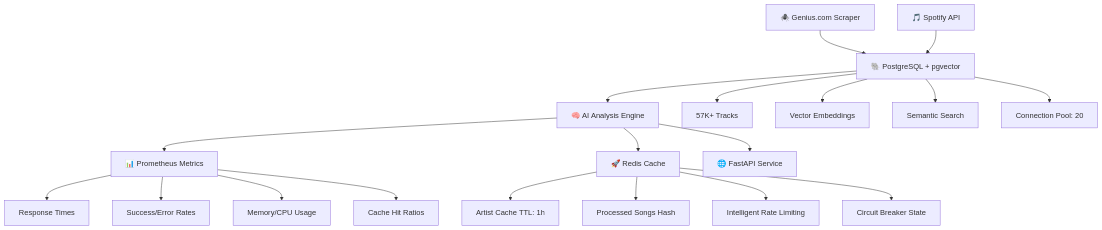
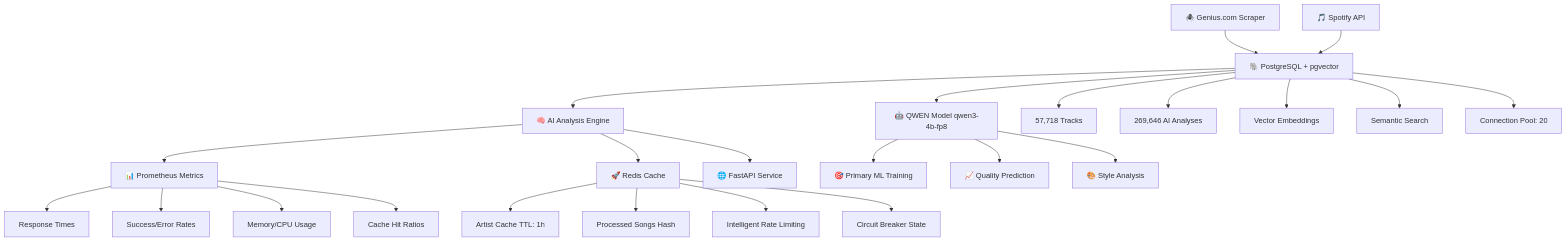
Before and after one commit to Vastargazing/rap-scraper-project: the diagram in README.md, drawn with Mermaid. The commit also changed other lines of this file and 29 other files, not shown here.

````diff
--- a/README.md
+++ b/README.md
@@ -7,24 +50,29 @@
 ```mermaid
 graph TB
     A[🕷️ Genius.com Scraper] --> B[🐘 PostgreSQL + pgvector]
     C[🎵 Spotify API] --> B
     B --> D[🧠 AI Analysis Engine]
+    B --> QWEN[🤖 QWEN Model qwen3-4b-fp8]
     D --> E[📊 Prometheus Metrics]
     D --> F[🚀 Redis Cache]
     D --> G[🌐 FastAPI Service]
+    QWEN --> H[🎯 Primary ML Training]
+    QWEN --> I[📈 Quality Prediction]
+    QWEN --> J[🎨 Style Analysis]
     
     F --> F1[Artist Cache TTL: 1h]
     F --> F2[Processed Songs Hash]
     F --> F3[Intelligent Rate Limiting]
     F --> F4[Circuit Breaker State]
     
     E --> E1[Response Times]
     E --> E2[Success/Error Rates]
     E --> E3[Memory/CPU Usage]
     E --> E4[Cache Hit Ratios]
     
-    B --> B1[57K+ Tracks]
-    B --> B2[Vector Embeddings]
-    B --> B3[Semantic Search]
-    B --> B4[Connection Pool: 20]
+    B --> B1[57,718 Tracks]
+    B --> B2[269,646 AI Analyses]
+    B --> B3[Vector Embeddings]
+    B --> B4[Semantic Search]
+    B --> B5[Connection Pool: 20]
 ```
````
